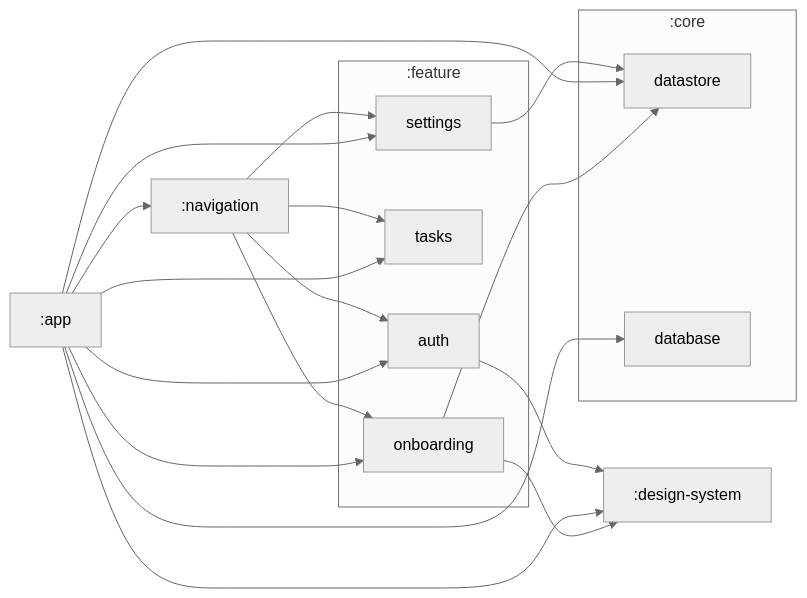
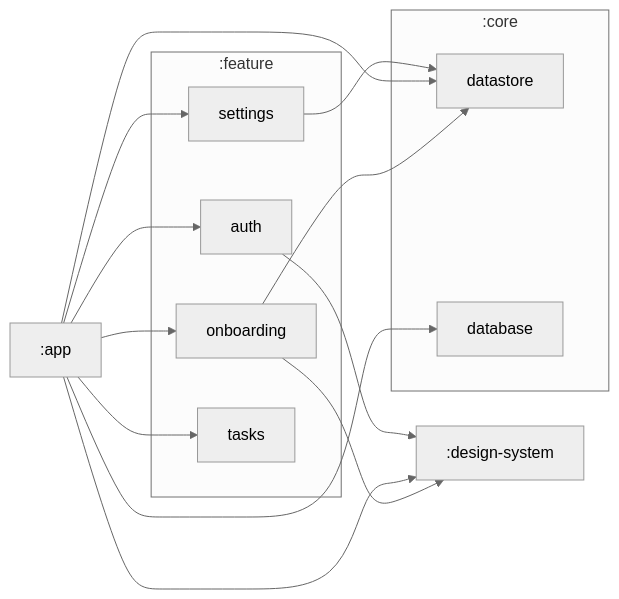
Before and after one commit to robert-muriithi/Tasks-App-Compose: the diagram in README.md, drawn with Mermaid. The commit also changed 26 other files, not shown here.

````diff
--- a/README.md
+++ b/README.md
@@ -3,35 +3,30 @@
 ```mermaid
 %%{
   init: {
     'theme': 'neutral'
   }
 }%%
 
 graph LR
   subgraph :core
     :core:datastore["datastore"]
     :core:database["database"]
   end
   subgraph :feature
     :feature:auth["auth"]
-    :feature:tasks["tasks"]
     :feature:settings["settings"]
     :feature:onboarding["onboarding"]
+    :feature:tasks["tasks"]
   end
   :feature:auth --> :design-system
-  :navigation --> :feature:auth
-  :navigation --> :feature:tasks
-  :navigation --> :feature:settings
-  :navigation --> :feature:onboarding
   :feature:settings --> :core:datastore
   :app --> :core:database
   :app --> :design-system
-  :app --> :navigation
   :app --> :core:datastore
   :app --> :feature:onboarding
   :app --> :feature:settings
   :app --> :feature:tasks
   :app --> :feature:auth
   :feature:onboarding --> :design-system
   :feature:onboarding --> :core:datastore
 ```
````
